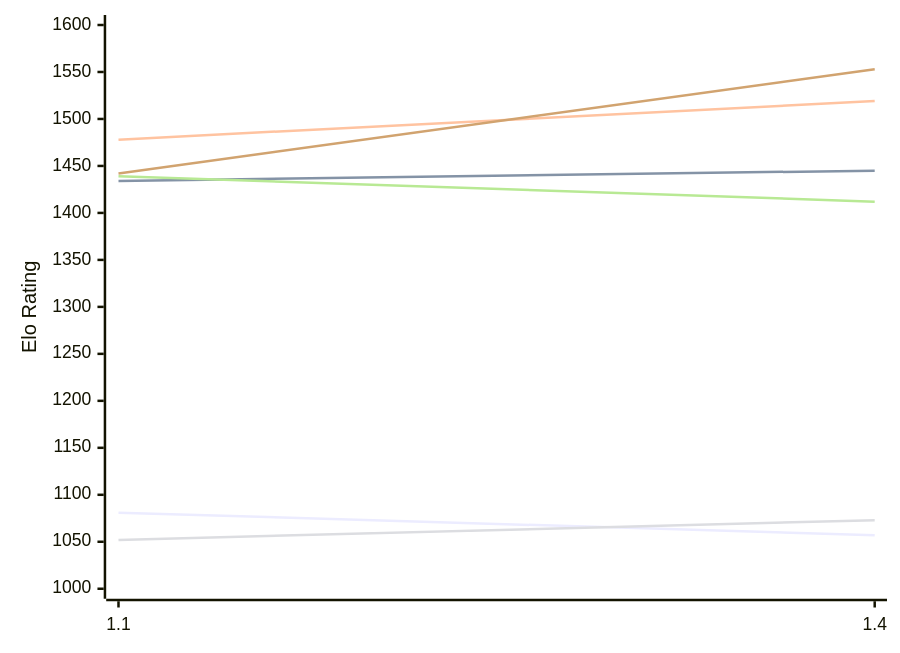
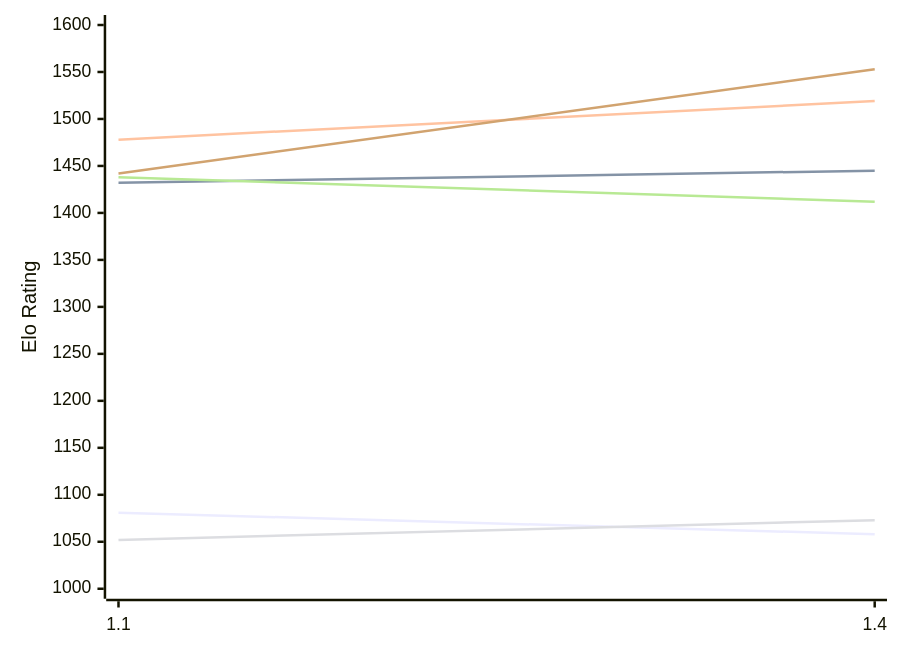
The first of 2 diagrams in engines/USunfish.md (computer-chess-index/cci), drawn with Mermaid before and after one commit. The commit also changed other lines of this file, not shown here.

````diff
--- a/engines/USunfish.md
+++ b/engines/USunfish.md
@@ -50,12 +50,12 @@
 ```mermaid
 %%{init: {"theme":"base","themeVariables":{"seriesColors:['#a3a3a3','#222221','#faa371']}}}%%
 xychart-beta
   x-axis ["1.1", "1.4"]
   y-axis "Elo Rating" 1000 --> 1600
-  line "E1: STC (8.0+0.08s)" [1081, 1057]
-  line "E1: LTC (60.0+0.60s)" [1434, 1445]
+  line "E1: STC (8.0+0.08s)" [1081, 1058]
+  line "E1: LTC (60.0+0.60s)" [1432, 1445]
   line "E1: VLTC (2m24s+1.12s)" [1478, 1519]
   line "P1: STC (8.0+0.08s)" [1052, 1073]
-  line "P1: LTC (60.0+0.60s)" [1439, 1412]
+  line "P1: LTC (60.0+0.60s)" [1438, 1412]
   line "P1: VLTC (2m24s+1.12s)" [1442, 1553]
 ```
````
